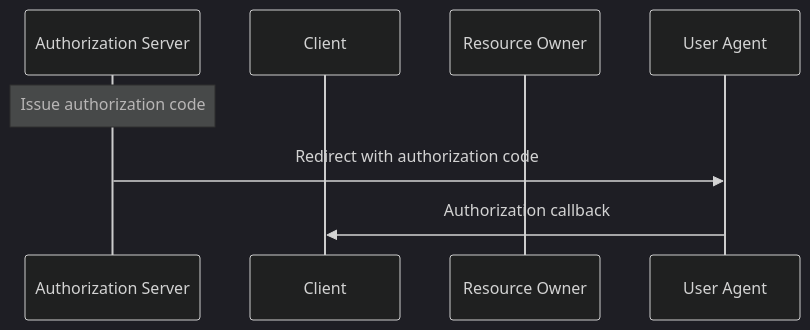
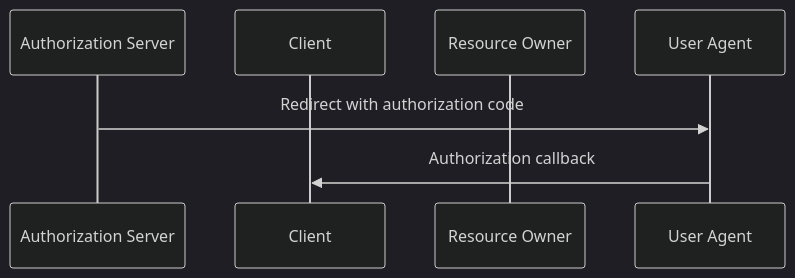
The diagram in examples/oauth-authorization-code/generated/mermaid/workflow-sequence-authorization_server-issue_authorization_code.mmd (BehavioML/specifications), drawn with Mermaid (dark theme) before and after one commit. The commit also changed 16 other files, not shown here.

```diff
--- a/examples/oauth-authorization-code/generated/mermaid/workflow-sequence-authorization_server-issue_authorization_code.mmd
+++ b/examples/oauth-authorization-code/generated/mermaid/workflow-sequence-authorization_server-issue_authorization_code.mmd
@@ -1,9 +1,8 @@
 sequenceDiagram
   participant authorization_server as Authorization Server
   participant client as Client
   participant resource_owner as Resource Owner
   participant user_agent as User Agent
 
-  Note over authorization_server: Issue authorization code
   authorization_server->>user_agent: Redirect with authorization code
   user_agent->>client: Authorization callback
```
